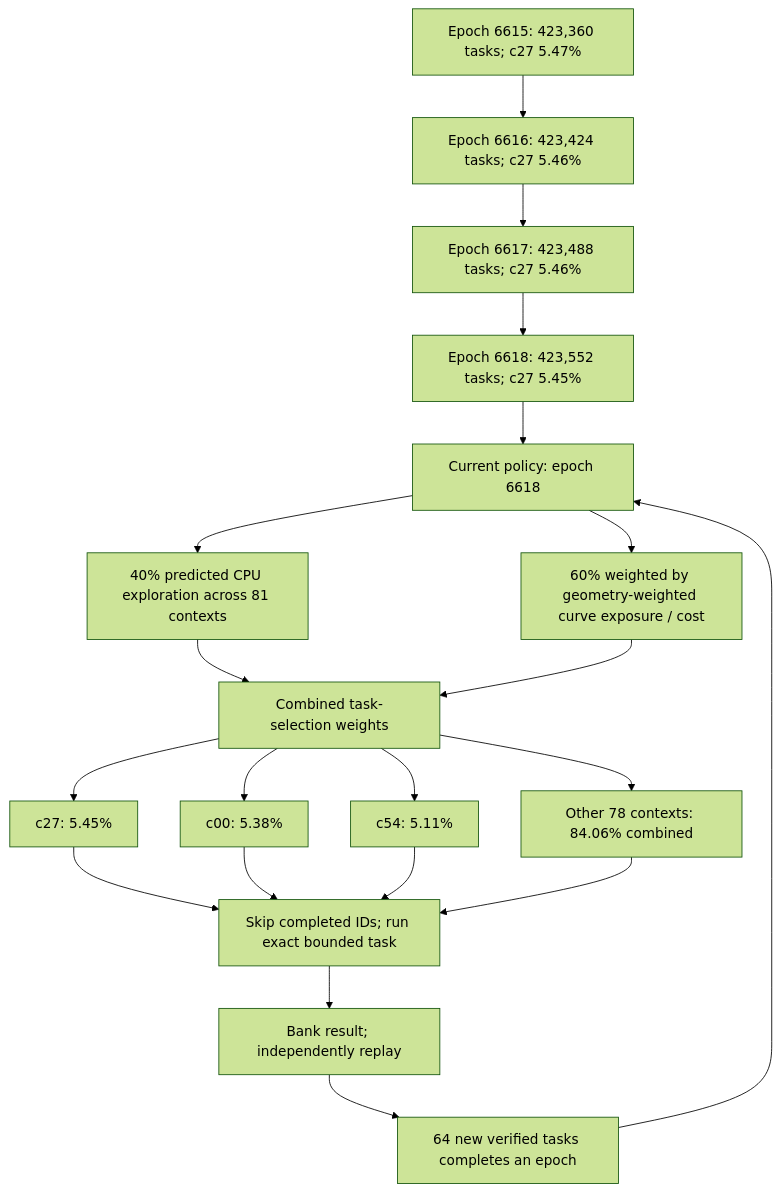
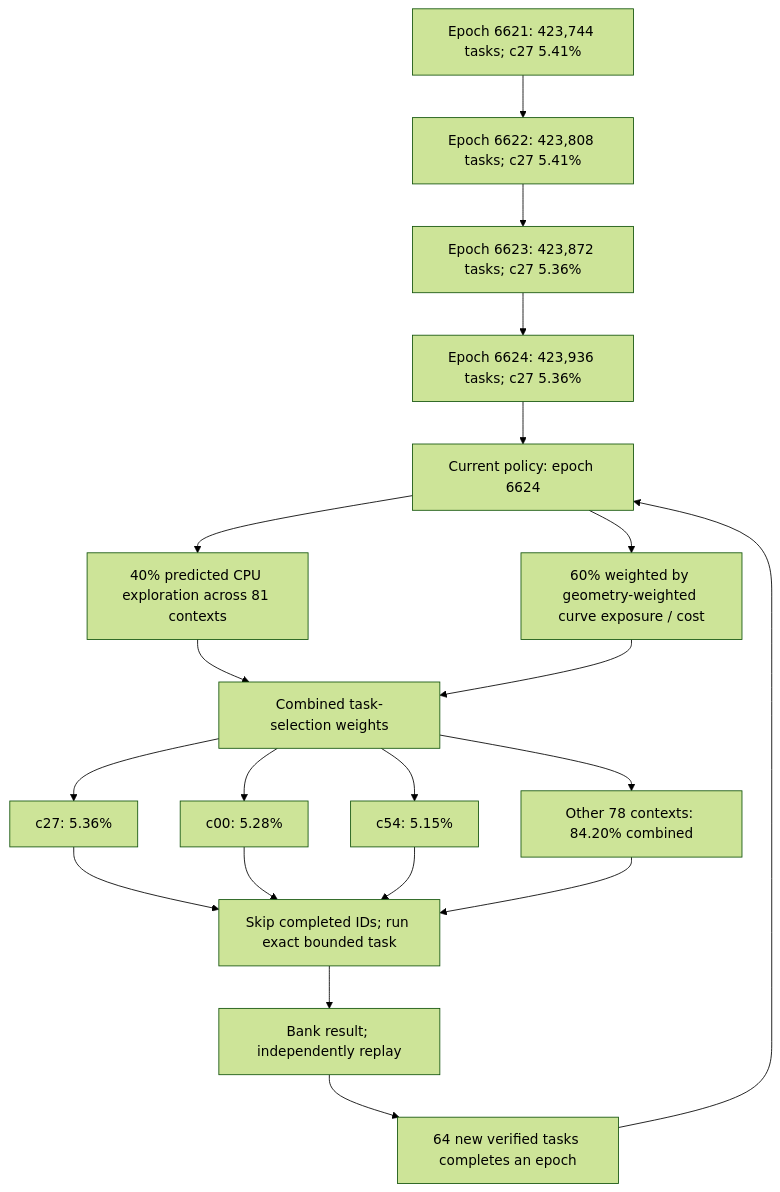
The first of 4 diagrams in README.md (Kuberwastaken/math-gambling), drawn with Mermaid (forest theme) before and after one commit. The commit also changed other lines of this file and 966 other files, not shown here.

````diff
--- a/README.md
+++ b/README.md
@@ -60,27 +60,27 @@
 ```mermaid
 flowchart TD
-    H0["Epoch 6615: 423,360 tasks; c27 5.47%"]
-    H1["Epoch 6616: 423,424 tasks; c27 5.46%"]
+    H0["Epoch 6621: 423,744 tasks; c27 5.41%"]
+    H1["Epoch 6622: 423,808 tasks; c27 5.41%"]
     H0 --> H1
-    H2["Epoch 6617: 423,488 tasks; c27 5.46%"]
+    H2["Epoch 6623: 423,872 tasks; c27 5.36%"]
     H1 --> H2
-    H3["Epoch 6618: 423,552 tasks; c27 5.45%"]
+    H3["Epoch 6624: 423,936 tasks; c27 5.36%"]
     H2 --> H3
-    Policy["Current policy: epoch 6618"]
+    Policy["Current policy: epoch 6624"]
     H3 --> Policy
     Policy --> Explore["40% predicted CPU exploration across 81 contexts"]
     Policy --> Cost["60% weighted by geometry-weighted curve exposure / cost"]
     Explore --> Mix["Combined task-selection weights"]
     Cost --> Mix
-    Mix --> C0["c27: 5.45%"]
-    Mix --> C1["c00: 5.38%"]
-    Mix --> C2["c54: 5.11%"]
-    Mix --> Rest["Other 78 contexts: 84.06% combined"]
+    Mix --> C0["c27: 5.36%"]
+    Mix --> C1["c00: 5.28%"]
+    Mix --> C2["c54: 5.15%"]
+    Mix --> Rest["Other 78 contexts: 84.20% combined"]
     C0 --> Check["Skip completed IDs; run exact bounded task"]
     C1 --> Check
     C2 --> Check
     Rest --> Check
     Check --> Replay["Bank result; independently replay"]
     Replay --> Gate["64 new verified tasks completes an epoch"]
     Gate --> Policy
 ```
````
